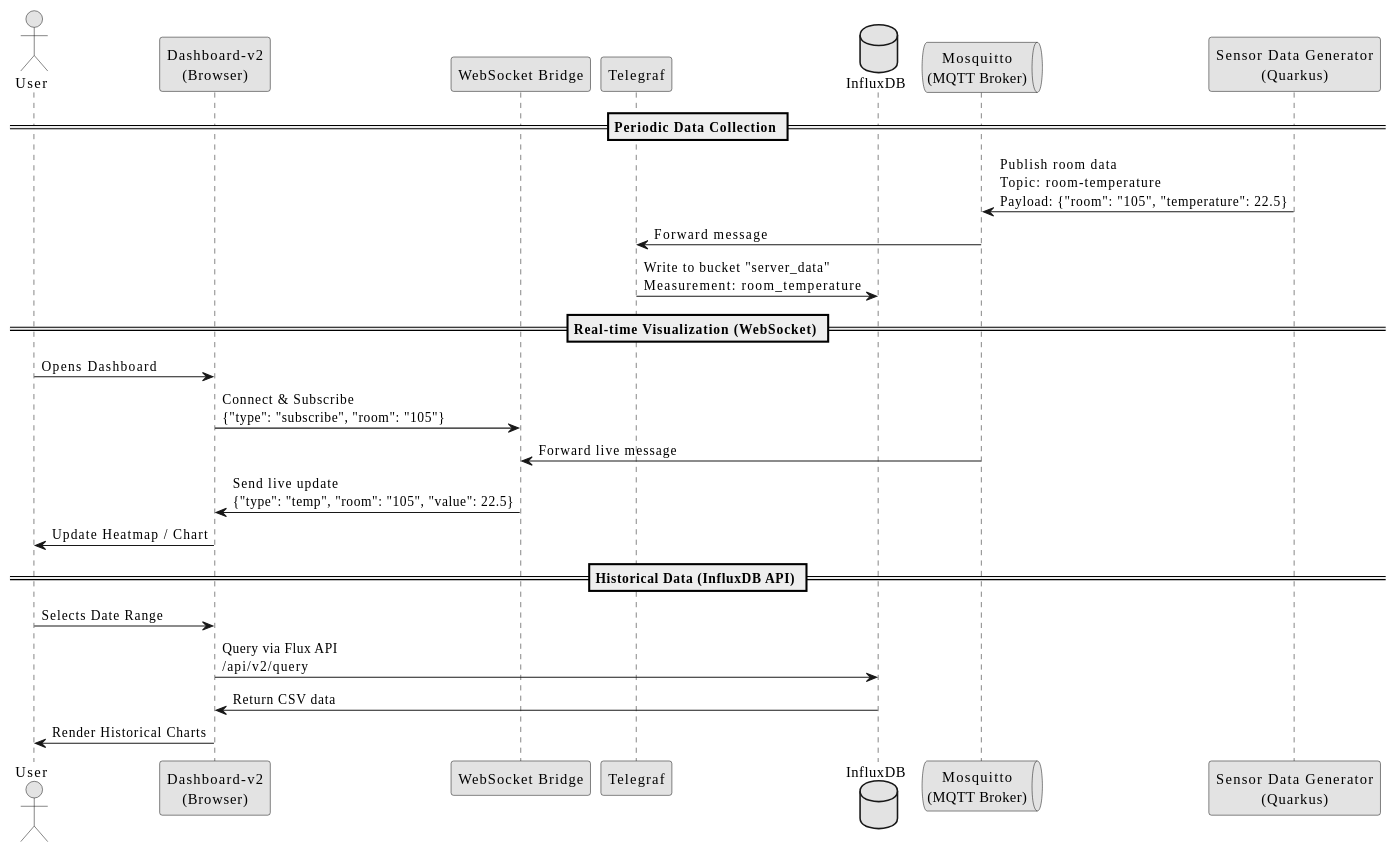
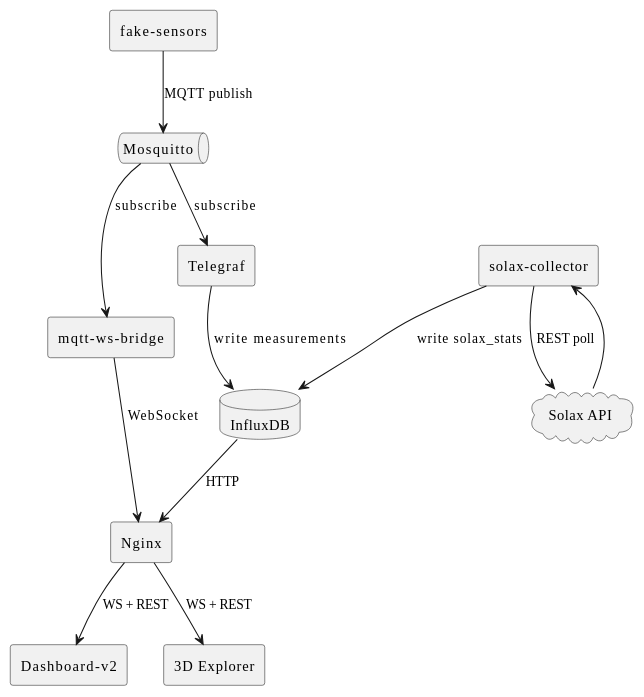
One commit to 2526-4ahitm-itp/2526-4ahitm-leoiot-dashboard changed the diagram in asciidocs/docs/sysspec.adoc. Above: the diagram before and after it, drawn with PlantUML. The commit also changed other lines of this file and 1 other file, not shown here.

Commit message:
fix: fixed navigation logic (#33)

```diff
--- a/asciidocs/docs/sysspec.adoc
+++ b/asciidocs/docs/sysspec.adoc
@@ -15,38 +13,33 @@
-[plantuml, data-flow, png]
+[plantuml, architecture, png]
 ----
 @startuml
 skinparam handwritten false
 skinparam monochrome true
-skinparam packageStyle rect
 skinparam defaultFontName "Verdana"
+skinparam componentStyle rectangle
 
-actor "User" as user
-participant "Dashboard-v2\n(Browser)" as web
-participant "WebSocket Bridge" as ws
-participant "Telegraf" as telegraf
+component "fake-sensors" as sensors
+component "solax-collector" as solax
+queue "Mosquitto" as mqtt
+component "Telegraf" as telegraf
+component "mqtt-ws-bridge" as wsbridge
 database "InfluxDB" as influx
-queue "Mosquitto\n(MQTT Broker)" as mqtt
-participant "Sensor Data Generator\n(Quarkus)" as sensors
+component "Nginx" as nginx
+component "Dashboard-v2" as dashboard
+component "3D Explorer" as explorer
+cloud "Solax API" as solaxapi
 
-== Periodic Data Collection ==
+sensors --> mqtt : MQTT publish
+solax --> solaxapi : REST poll
+solaxapi --> solax
+solax --> influx : write solax_stats
+mqtt --> telegraf : subscribe
+telegraf --> influx : write measurements
+mqtt --> wsbridge : subscribe
+wsbridge --> nginx : WebSocket
+influx --> nginx : HTTP
+nginx --> dashboard : WS + REST
+nginx --> explorer : WS + REST
 
-sensors -> mqtt : Publish room data\nTopic: room-temperature\nPayload: {"room": "105", "temperature": 22.5}
-mqtt -> telegraf : Forward message
-telegraf -> influx : Write to bucket "server_data"\nMeasurement: room_temperature
-
-== Real-time Visualization (WebSocket) ==
-
-user -> web : Opens Dashboard
-web -> ws : Connect & Subscribe\n{"type": "subscribe", "room": "105"}
-mqtt -> ws : Forward live message
-ws -> web : Send live update\n{"type": "temp", "room": "105", "value": 22.5}
-web -> user : Update Heatmap / Chart
-
-== Historical Data (InfluxDB API) ==
-
-user -> web : Selects Date Range
-web -> influx : Query via Flux API\n/api/v2/query
-influx -> web : Return CSV data
-web -> user : Render Historical Charts
 @enduml
 ----
```
